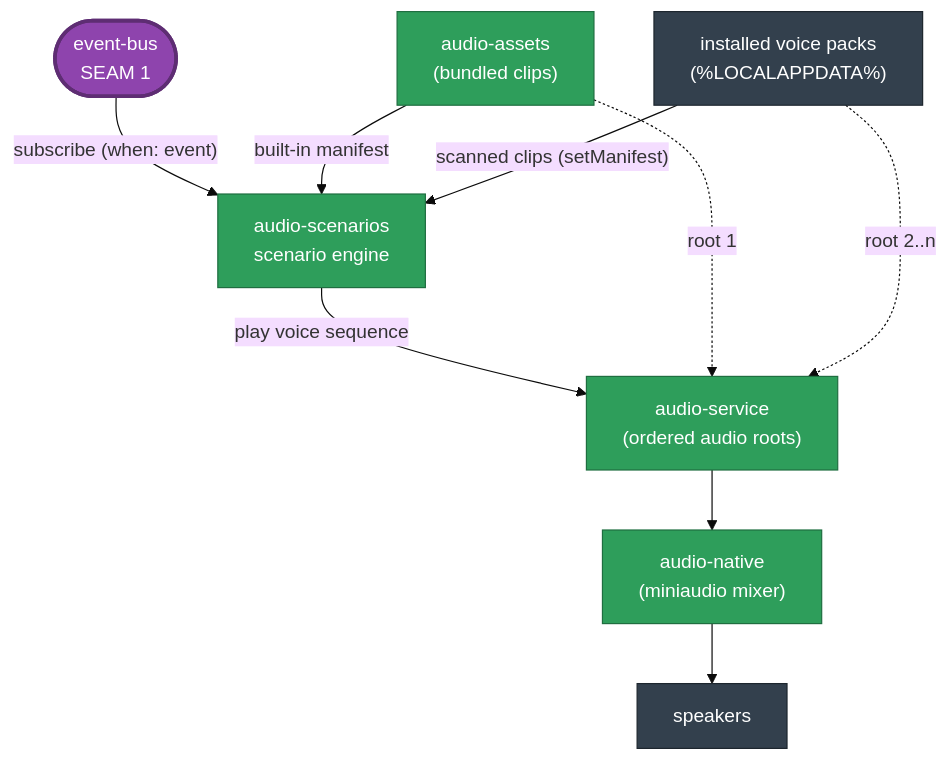
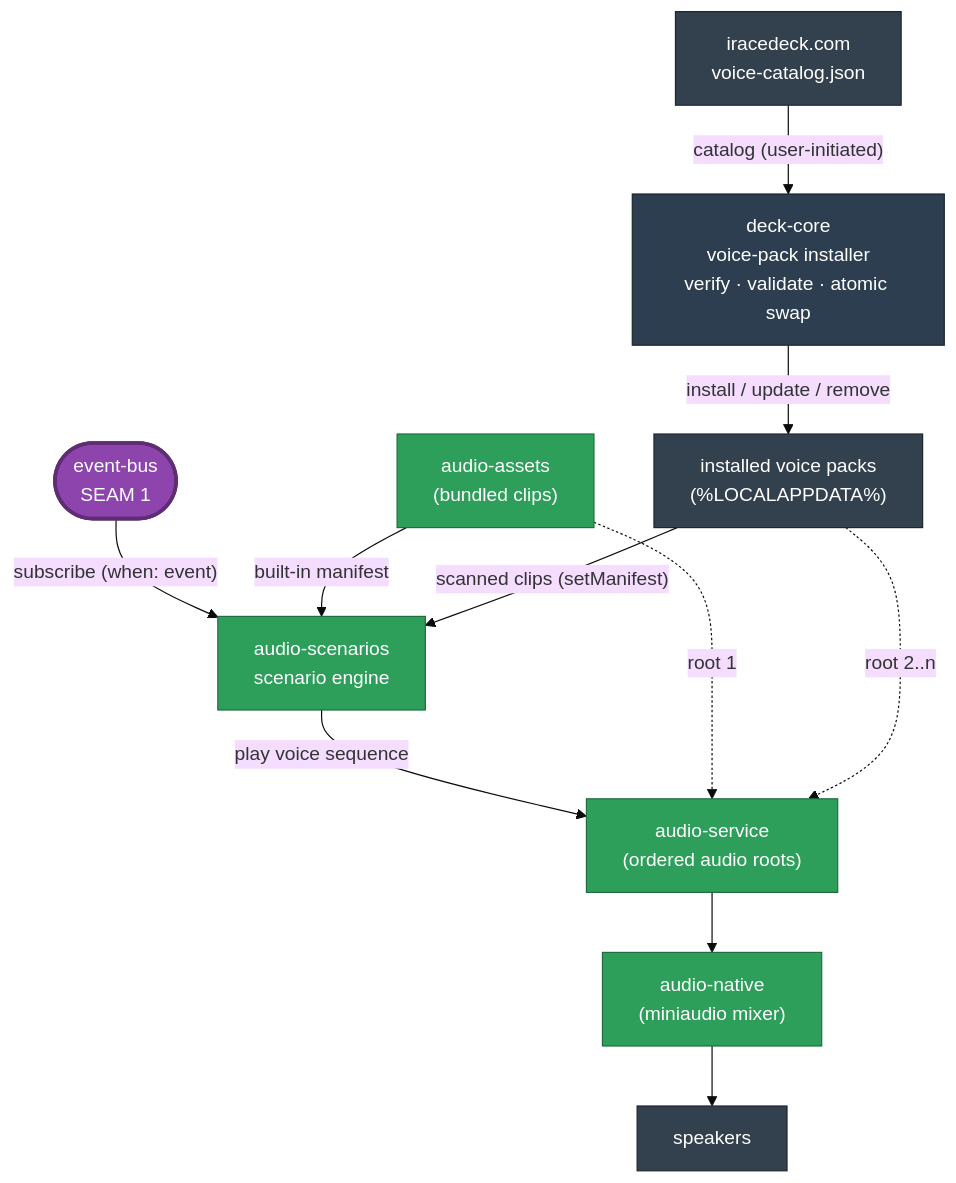
The fifth of 6 diagrams in packages/website/src/content/docs/docs/development/architecture.md (niklam/iracedeck), drawn with Mermaid (base theme) before and after one commit. The commit also changed other lines of this file and 98 other files, not shown here.

First line of the commit message:
feat(voice-packs): download and install voice packs from the catalog (#1100) (#1107)

````diff
--- a/packages/website/src/content/docs/docs/development/architecture.md
+++ b/packages/website/src/content/docs/docs/development/architecture.md
@@ -195,23 +195,28 @@
 ```mermaid
 flowchart TB
   bus(["event-bus<br/>SEAM 1"]):::seam
   scen["audio-scenarios<br/>scenario engine"]:::audio
   assets["audio-assets<br/>(bundled clips)"]:::audio
   packs["installed voice packs<br/>(%LOCALAPPDATA%)"]:::ext
   svc["audio-service<br/>(ordered audio roots)"]:::audio
   nat["audio-native<br/>(miniaudio mixer)"]:::audio
   spk["speakers"]:::ext
 
   bus -->|"subscribe (when: event)"| scen
   assets -->|"built-in manifest"| scen
   packs -->|"scanned clips (setManifest)"| scen
+  cat["iracedeck.com<br/>voice-catalog.json"]:::ext
+  inst["deck-core<br/>voice-pack installer<br/>verify · validate · atomic swap"]:::core
+  cat -->|"catalog (user-initiated)"| inst
+  inst -->|"install / update / remove"| packs
   scen -->|"play voice sequence"| svc
   assets -.->|"root 1"| svc
   packs -.->|"root 2..n"| svc
   svc --> nat
   nat --> spk
 
+  classDef core fill:#2c3e50,color:#fff,stroke:#1a252f;
   classDef ext fill:#33404d,color:#fff,stroke:#1d262e;
   classDef seam fill:#8e44ad,color:#fff,stroke:#5e2d73,stroke-width:3px;
   classDef audio fill:#2e9e5b,color:#fff,stroke:#1f6e40;
 ```
````
